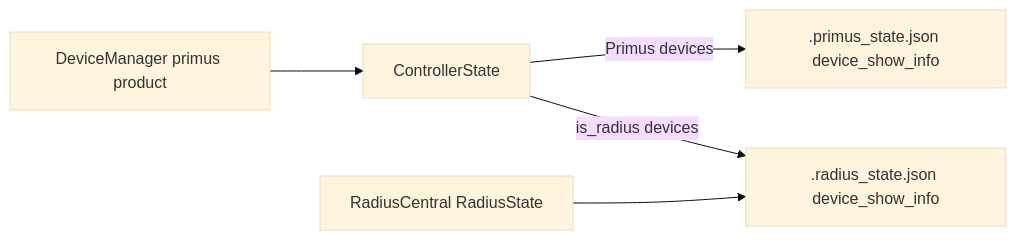
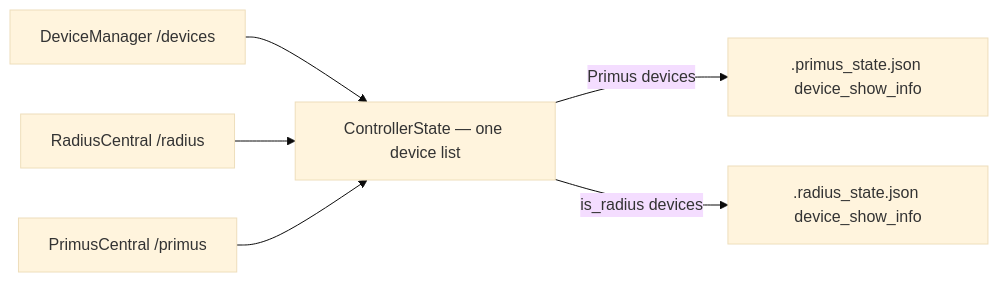
One commit to socialbodylab/PrimusV3 changed the diagram in V5/RADIUS_INTEGRATION.md. Above: the diagram before and after it, drawn with Mermaid (base theme). The commit also changed other lines of this file and 21 other files, not shown here.

````diff
--- a/V5/RADIUS_INTEGRATION.md
+++ b/V5/RADIUS_INTEGRATION.md
@@ -9,12 +9,14 @@
 ```mermaid
 flowchart LR
-  DM[DeviceManager primus product]
-  CS[ControllerState]
+  DM[DeviceManager /devices]
+  RC[RadiusCentral /radius]
+  PC[PrimusCentral /primus]
+  CS[ControllerState — one device list]
   PS[.primus_state.json device_show_info]
   RS[.radius_state.json device_show_info]
-  RC[RadiusCentral RadiusState]
   DM --> CS
+  RC --> CS
+  PC --> CS
   CS -->|"Primus devices"| PS
   CS -->|"is_radius devices"| RS
-  RC --> RS
 ```
````
